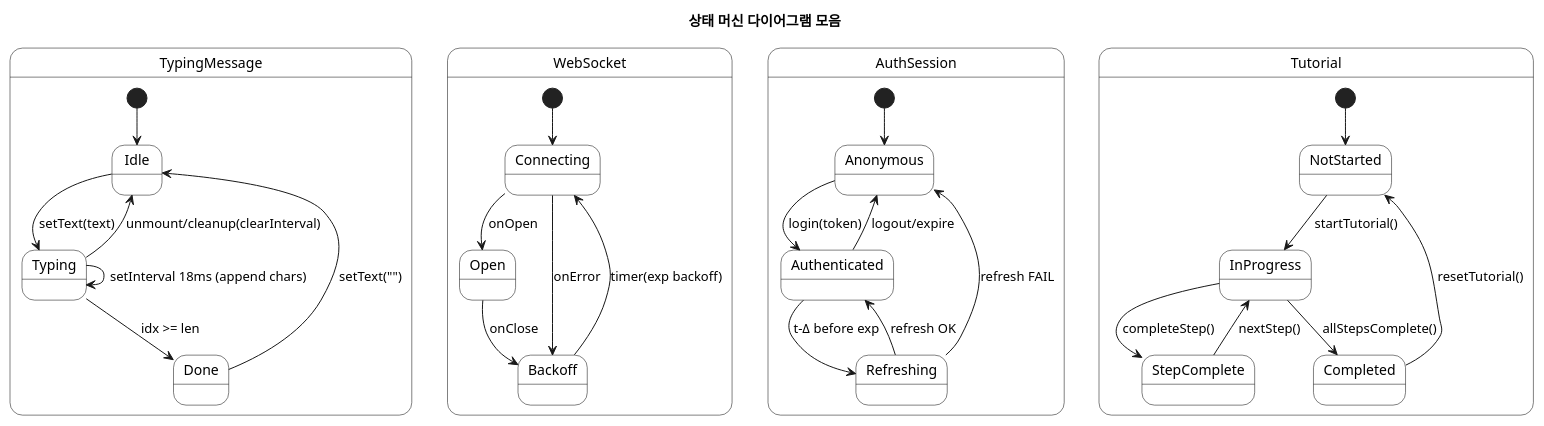
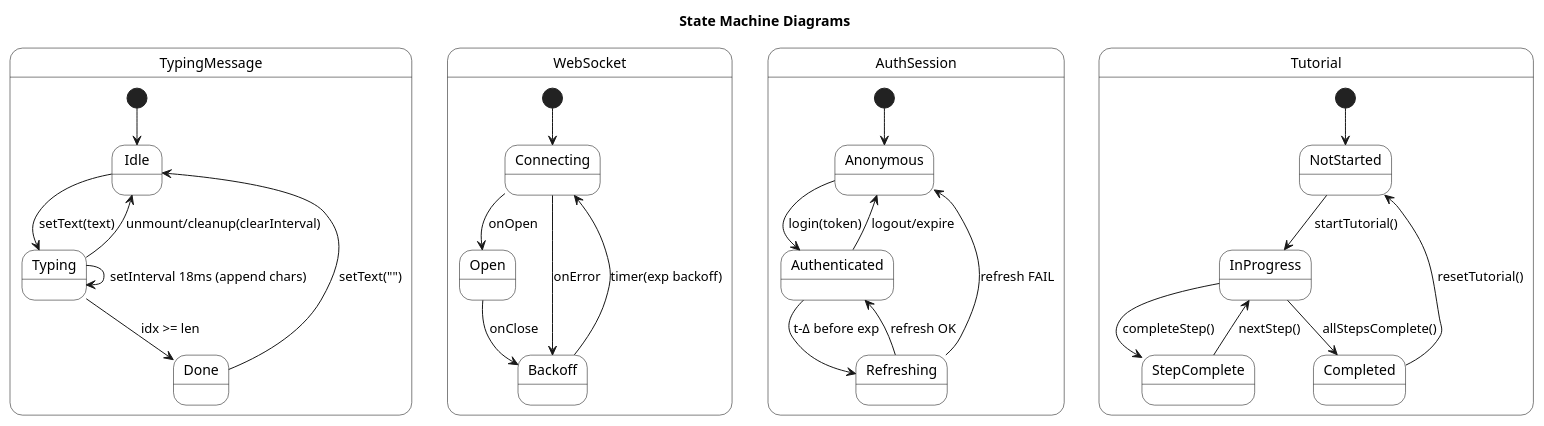
One commit to SKNETWORKS-FAMILY-AICAMP/SKN12-FINAL-2TEAM changed the diagram in docs/uml/state-machines.puml. Above: the diagram before and after it, drawn with PlantUML. The commit also changed 7 other files, not shown here.

Commit message:
uml: modified

```diff
--- a/docs/uml/state-machines.puml
+++ b/docs/uml/state-machines.puml
@@ -1,49 +1,49 @@
 @startuml
 skinparam backgroundColor white
 skinparam state {
   BackgroundColor white
   BorderColor black
   FontColor black
 }
 
-title 상태 머신 다이어그램 모음
+title State Machine Diagrams
 
-' TypingMessage 상태 머신
+' TypingMessage state machine
 state TypingMessage {
   [*] --> Idle
   Idle --> Typing : setText(text)
   Typing --> Typing : setInterval 18ms (append chars)
   Typing --> Done : idx >= len
   Done --> Idle : setText("")
   Typing --> Idle : unmount/cleanup(clearInterval)
 }
 
-' WS 연결 재시도 상태 머신
+' WebSocket connection retry state machine
 state WebSocket {
   [*] --> Connecting
   Connecting --> Open : onOpen
   Connecting --> Backoff : onError
   Open --> Backoff : onClose
   Backoff --> Connecting : timer(exp backoff)
 }
 
-' 인증 세션 상태 머신
+' Authentication session state machine
 state AuthSession {
   [*] --> Anonymous
   Anonymous --> Authenticated : login(token)
   Authenticated --> Anonymous : logout/expire
   Authenticated --> Refreshing : t-Δ before exp
   Refreshing --> Authenticated : refresh OK
   Refreshing --> Anonymous : refresh FAIL
 }
 
-' 튜토리얼 진행 상태 머신
+' Tutorial progress state machine
 state Tutorial {
   [*] --> NotStarted
   NotStarted --> InProgress : startTutorial()
   InProgress --> StepComplete : completeStep()
   StepComplete --> InProgress : nextStep()
   InProgress --> Completed : allStepsComplete()
   Completed --> NotStarted : resetTutorial()
 }
 @enduml
```
